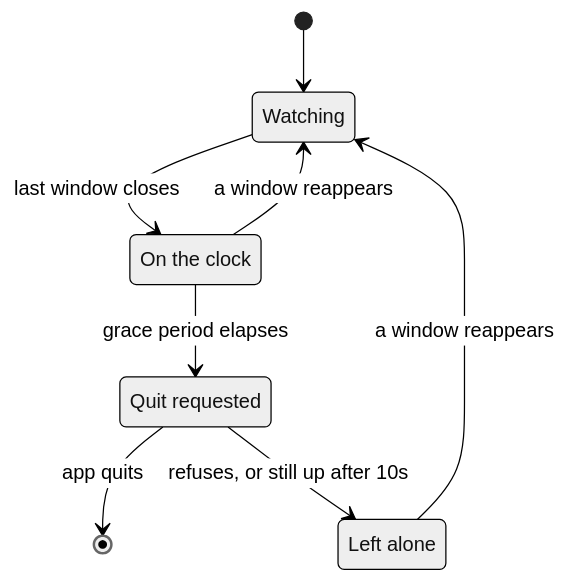
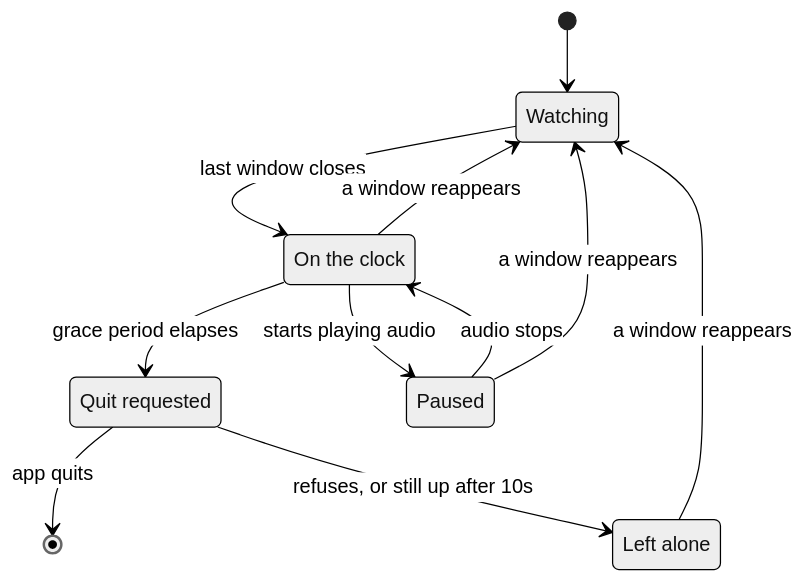
The diagram in README.md (aswinmurali-io/smart_quit), drawn with Mermaid (neutral theme) before and after one commit. The commit also changed other lines of this file and 22 other files, not shown here.

````diff
--- a/README.md
+++ b/README.md
@@ -61,15 +62,19 @@
 ```mermaid
 stateDiagram-v2
     state "Watching" as W
     state "On the clock" as C
     state "Quit requested" as Q
     state "Left alone" as L
+    state "Paused" as P
 
     [*] --> W
     W --> C: last window closes
     C --> W: a window reappears
+    C --> P: starts playing audio
+    P --> C: audio stops
+    P --> W: a window reappears
     C --> Q: grace period elapses
     Q --> [*]: app quits
     Q --> L: refuses, or still up after 10s
     L --> W: a window reappears
 ```
````
